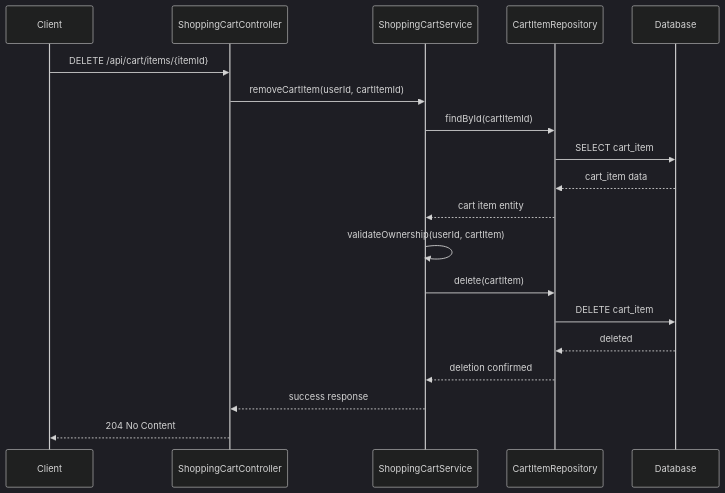
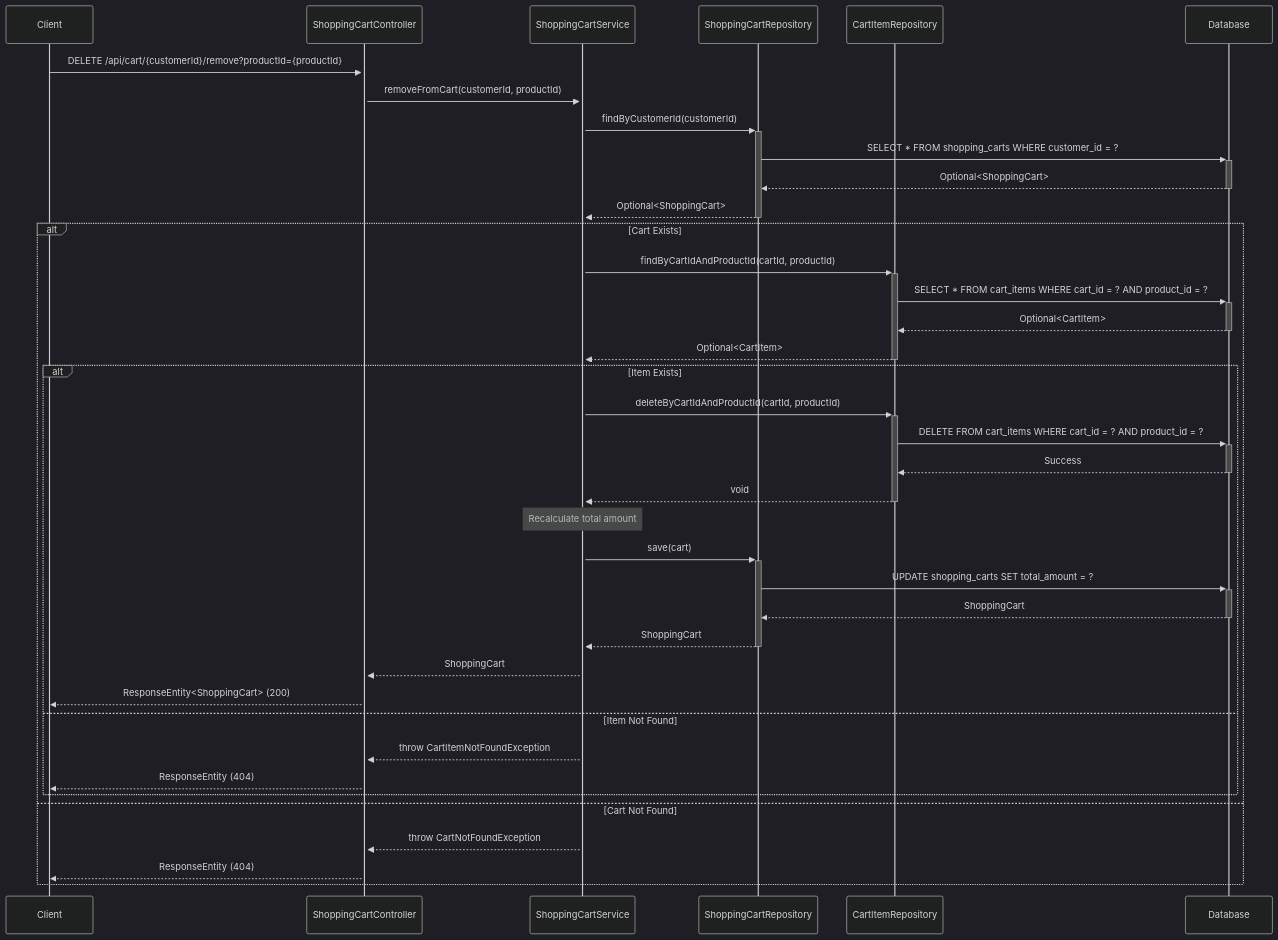
Diagram 13 of 13 in docs/LLD/modified_lld.md (NavneetBN47/aava-ecom-demo), drawn with Mermaid (dark theme) before and after one commit. The commit also changed other lines of this file, not shown here.

````diff
--- a/docs/LLD/modified_lld.md
+++ b/docs/LLD/modified_lld.md
@@ -576,22 +525,46 @@
 ```mermaid
 sequenceDiagram
     participant Client
     participant ShoppingCartController
     participant ShoppingCartService
+    participant ShoppingCartRepository
     participant CartItemRepository
     participant Database
-
-    Client->>ShoppingCartController: DELETE /api/cart/items/{itemId}
-    ShoppingCartController->>ShoppingCartService: removeCartItem(userId, cartItemId)
-    ShoppingCartService->>CartItemRepository: findById(cartItemId)
-    CartItemRepository->>Database: SELECT cart_item
-    Database-->>CartItemRepository: cart_item data
-    CartItemRepository-->>ShoppingCartService: cart item entity
-    ShoppingCartService->>ShoppingCartService: validateOwnership(userId, cartItem)
-    ShoppingCartService->>CartItemRepository: delete(cartItem)
-    CartItemRepository->>Database: DELETE cart_item
-    Database-->>CartItemRepository: deleted
-    CartItemRepository-->>ShoppingCartService: deletion confirmed
-    ShoppingCartService-->>ShoppingCartController: success response
-    ShoppingCartController-->>Client: 204 No Content
+    
+    Client->>+ShoppingCartController: DELETE /api/cart/{customerId}/remove?productId={productId}
+    ShoppingCartController->>+ShoppingCartService: removeFromCart(customerId, productId)
+    
+    ShoppingCartService->>+ShoppingCartRepository: findByCustomerId(customerId)
+    ShoppingCartRepository->>+Database: SELECT * FROM shopping_carts WHERE customer_id = ?
+    Database-->>-ShoppingCartRepository: Optional<ShoppingCart>
+    ShoppingCartRepository-->>-ShoppingCartService: Optional<ShoppingCart>
+    
+    alt Cart Exists
+        ShoppingCartService->>+CartItemRepository: findByCartIdAndProductId(cartId, productId)
+        CartItemRepository->>+Database: SELECT * FROM cart_items WHERE cart_id = ? AND product_id = ?
+        Database-->>-CartItemRepository: Optional<CartItem>
+        CartItemRepository-->>-ShoppingCartService: Optional<CartItem>
+        
+        alt Item Exists
+            ShoppingCartService->>+CartItemRepository: deleteByCartIdAndProductId(cartId, productId)
+            CartItemRepository->>+Database: DELETE FROM cart_items WHERE cart_id = ? AND product_id = ?
+            Database-->>-CartItemRepository: Success
+            CartItemRepository-->>-ShoppingCartService: void
+            
+            Note over ShoppingCartService: Recalculate total amount
+            ShoppingCartService->>+ShoppingCartRepository: save(cart)
+            ShoppingCartRepository->>+Database: UPDATE shopping_carts SET total_amount = ?
+            Database-->>-ShoppingCartRepository: ShoppingCart
+            ShoppingCartRepository-->>-ShoppingCartService: ShoppingCart
+            
+            ShoppingCartService-->>ShoppingCartController: ShoppingCart
+            ShoppingCartController-->>Client: ResponseEntity<ShoppingCart> (200)
+        else Item Not Found
+            ShoppingCartService-->>ShoppingCartController: throw CartItemNotFoundException
+            ShoppingCartController-->>Client: ResponseEntity (404)
+        end
+    else Cart Not Found
+        ShoppingCartService-->>ShoppingCartController: throw CartNotFoundException
+        ShoppingCartController-->>Client: ResponseEntity (404)
+    end
 ```
````
